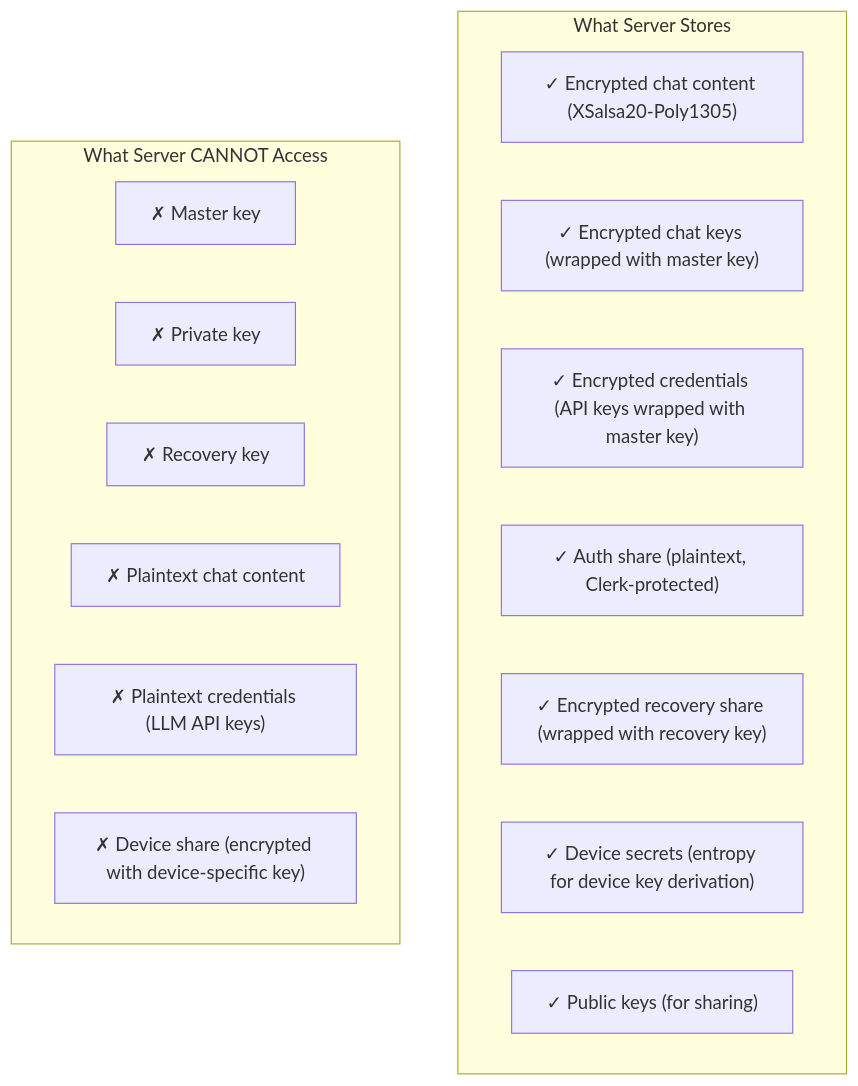
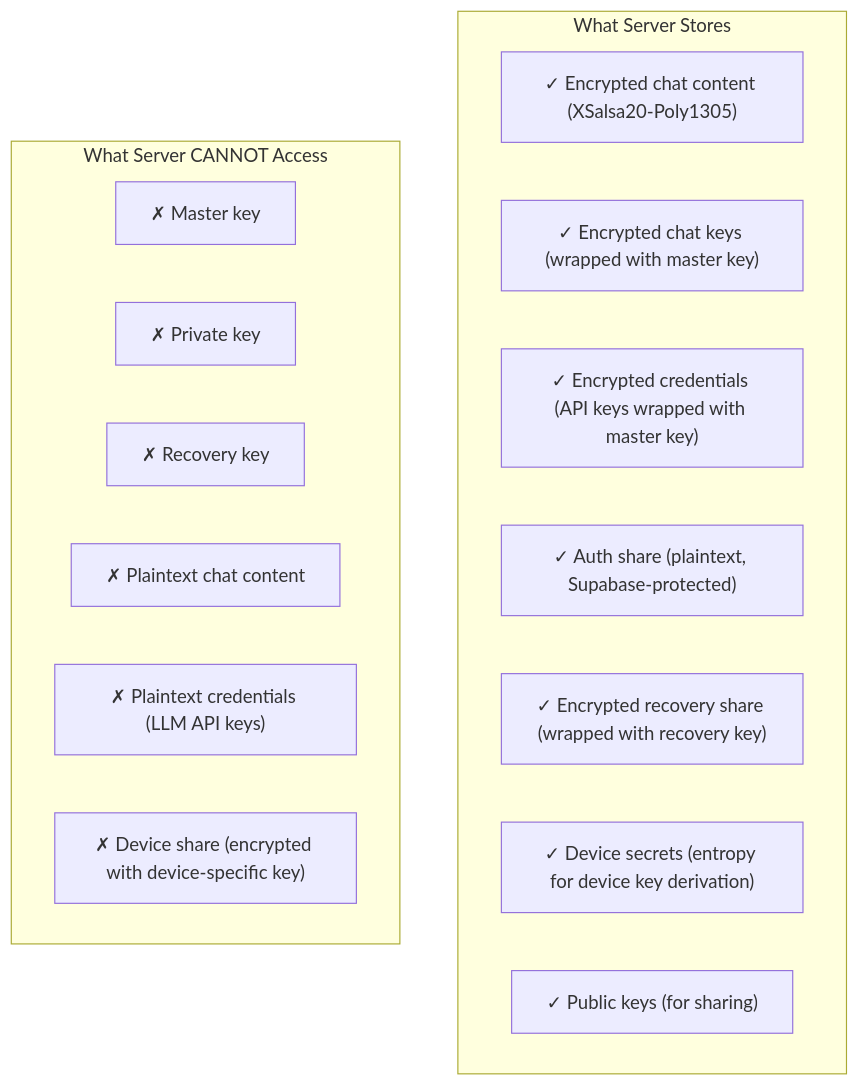
The first of 2 diagrams in apps/docs/content/docs/whitepaper/server-architecture.mdx (onera-app/onera), drawn with Mermaid before and after one commit. The commit also changed other lines of this file and 12 other files, not shown here.

First line of the commit message:
chore: update documentation to reflect Supabase integration and remove Clerk references

````diff
--- a/apps/docs/content/docs/whitepaper/server-architecture.mdx
+++ b/apps/docs/content/docs/whitepaper/server-architecture.mdx
@@ -12,21 +12,21 @@
 ```mermaid
 flowchart TB
     subgraph stores [What Server Stores]
         S1["✓ Encrypted chat content (XSalsa20-Poly1305)"]
         S2["✓ Encrypted chat keys (wrapped with master key)"]
         S3["✓ Encrypted credentials (API keys wrapped with master key)"]
-        S4["✓ Auth share (plaintext, Clerk-protected)"]
+        S4["✓ Auth share (plaintext, Supabase-protected)"]
         S5["✓ Encrypted recovery share (wrapped with recovery key)"]
         S6["✓ Device secrets (entropy for device key derivation)"]
         S7["✓ Public keys (for sharing)"]
     end
     
     subgraph cannot [What Server CANNOT Access]
         C1["✗ Master key"]
         C2["✗ Private key"]
         C3["✗ Recovery key"]
         C4["✗ Plaintext chat content"]
         C5["✗ Plaintext credentials (LLM API keys)"]
         C6["✗ Device share (encrypted with device-specific key)"]
     end
 ```
````
